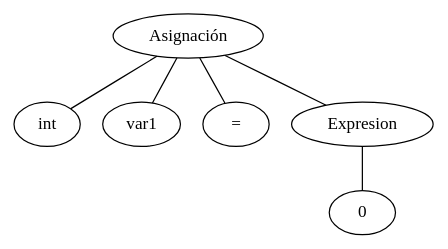
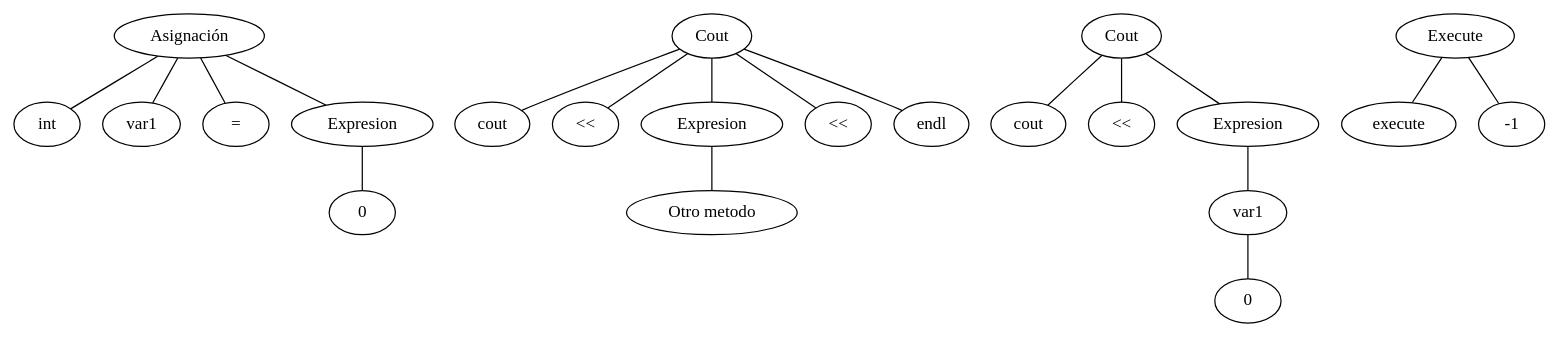
One commit to DanielGarcia-201901103/OLC1_Proyecto2_201901103 changed the diagram in Backend/analisisSem/ReportesArchivos/grafo.dot. Above: the diagram before and after it, drawn with Graphviz. The commit also changed 8 other files, not shown here.

```diff
--- a/Backend/analisisSem/ReportesArchivos/grafo.dot
+++ b/Backend/analisisSem/ReportesArchivos/grafo.dot
@@ -1,15 +1,43 @@
 graph {
 ordering="out"
 1[label="0"]
 2[label="Expresion"]
 2--1
 3[label="var1"]
 4[label="Asignación"]
 5[label="int"]
 6[label="="]
 4--5
 4--3
 4--6
 4--2
+7[label="Otro metodo"]
+8[label="Expresion"]
+8--7
+9[label="cout"]
+11[label="Cout"]
+10[label="<<"]
+12[label="<<"]
+13[label="endl"]
+11--9
+11--10
+11--8
+11--12
+11--13
+14[label="0"]
+16[label="var1"]
+15[label="Expresion"]
+15--16
+16--14
+17[label="cout"]
+19[label="Cout"]
+18[label="<<"]
+19--17
+19--18
+19--15
+20[label="execute"]
+21[label="Execute"]
+21--20
+21---1
 
 }
```
